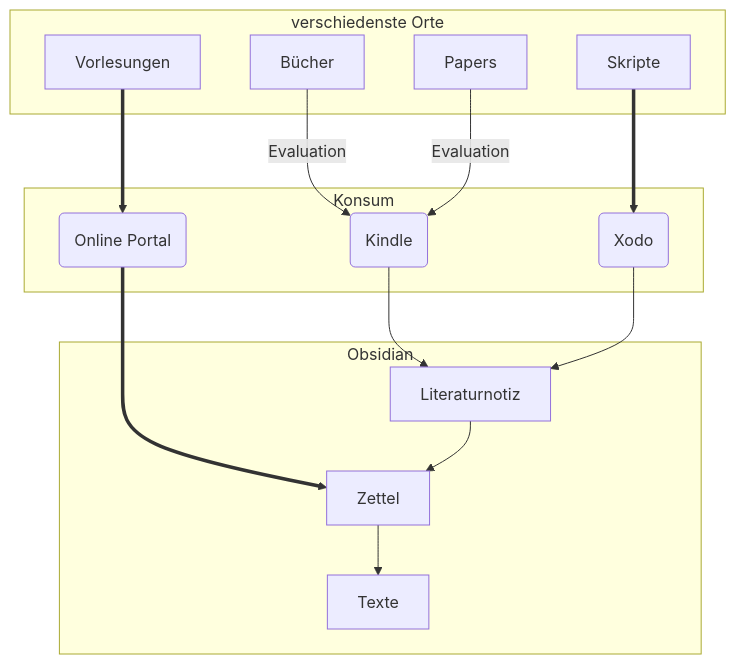
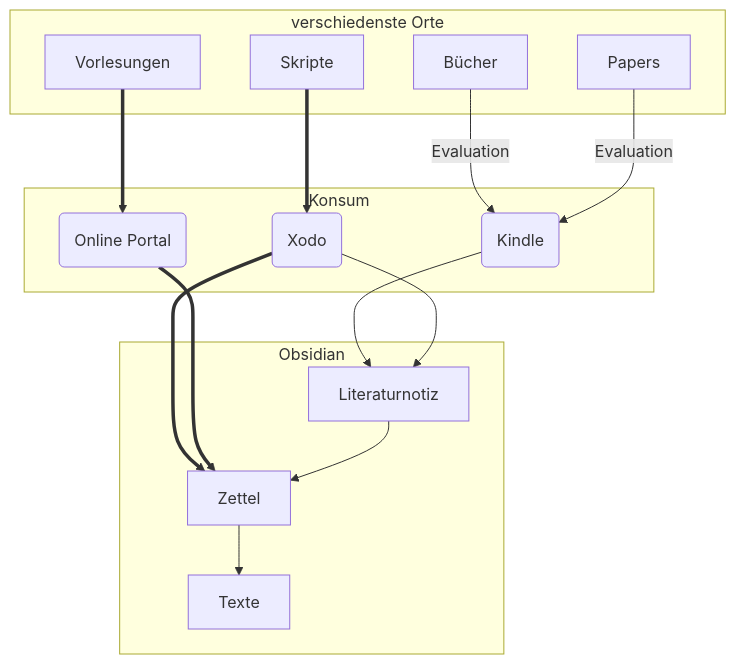
One commit to julianstoerig/zettelkasten changed the diagram in System/Informationsverarbeitung.md. Above: the diagram before and after it, drawn with Mermaid.

Commit message:
automatic version-control: 2021-01-13 20:10:58

````diff
--- a/System/Informationsverarbeitung.md
+++ b/System/Informationsverarbeitung.md
@@ -1,43 +1,44 @@
 ```mermaid
 flowchart TB;
 
 B[Bücher]
 S[Skripte]
 V[Vorlesungen]
 P[Papers]
 
 K(Kindle)
 X(Xodo)
 OP(Online Portal)
 
 L[Literaturnotiz]
 Z[Zettel]
 T[Texte]
 
 subgraph verschiedenste Orte
 	B
 	P
 	S
 	V
 end
 
 B & P -->|Evaluation| K
 S ==> X
 V ==> OP
 
 subgraph Konsum
 	K
 	X
 	OP
 end
 
 K --> L
 X --> L
+X ==> Z
 OP ==> Z
 
 subgraph Obsidian	
 	L --> Z
 	Z --> T
 end
 
 ```
````
